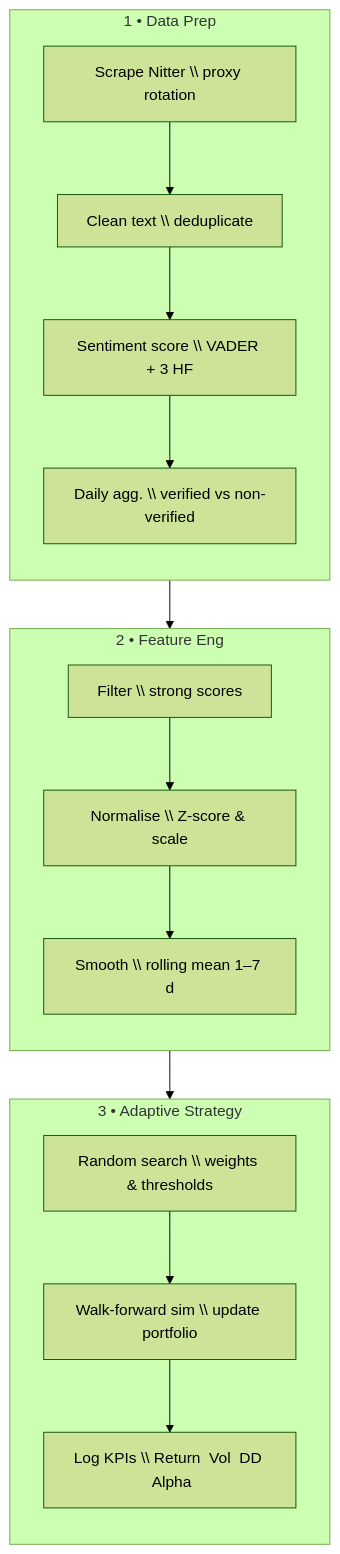
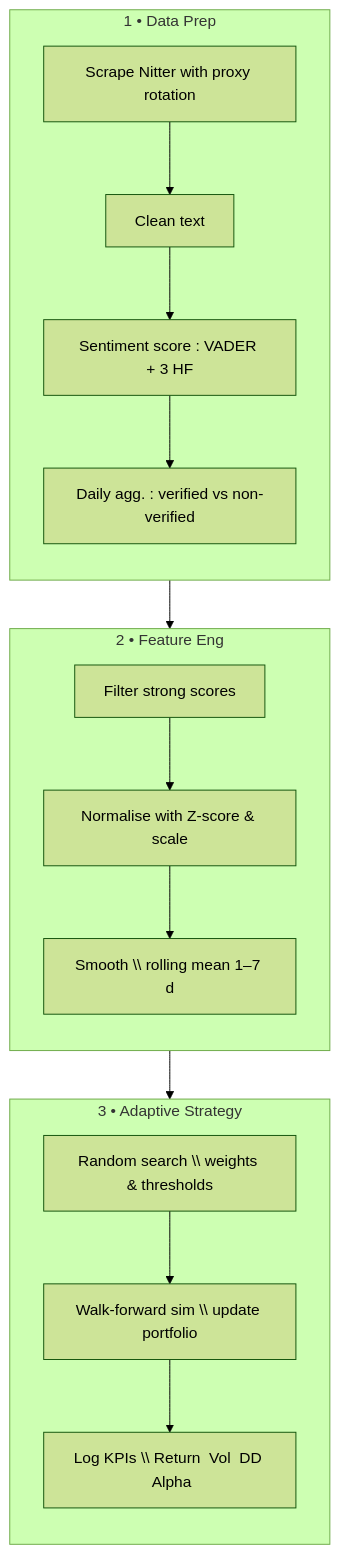
One commit to LimamS-GitHub/Market_sentiment_analysis changed the diagram in README.md. Above: the diagram before and after it, drawn with Mermaid (forest theme). The commit also changed other lines of this file and 4 other files, not shown here.

````diff
--- a/README.md
+++ b/README.md
@@ -30,26 +30,26 @@
 ```mermaid
 flowchart TD
   %% 1 · DATA PREP
   subgraph STEP1["1 • Data Prep"]
     direction TB
-    A1["Scrape Nitter \\ proxy rotation"] --> A2["Clean text \\ deduplicate"]
-    A2 --> A3["Sentiment score \\ VADER + 3 HF"]
-    A3 --> A4["Daily agg. \\ verified vs non-verified"]
+    A1["Scrape Nitter with proxy rotation"] --> A2["Clean text"]
+    A2 --> A3["Sentiment score : VADER + 3 HF"]
+    A3 --> A4["Daily agg. : verified vs non-verified"]
   end
 
   %% 2 · FEATURE ENG
   subgraph STEP2["2 • Feature Eng"]
     direction TB
-    A4 --> B1["Filter \\ strong scores"]
-    B1 --> B2["Normalise \\ Z-score & scale"]
+    A4 --> B1["Filter strong scores"]
+    B1 --> B2["Normalise with Z-score & scale"]
     B2 --> B3["Smooth \\ rolling mean 1–7 d"]
   end
 
   %% 3 · ADAPTIVE STRATEGY
   subgraph STEP3["3 • Adaptive Strategy"]
     direction TB
     B3 --> C1["Random search \\ weights & thresholds"]
     C1 --> C2["Walk-forward sim \\ update portfolio"]
     C2 --> C3["Log KPIs \\ Return  Vol  DD  Alpha"]
   end
 ```
````
